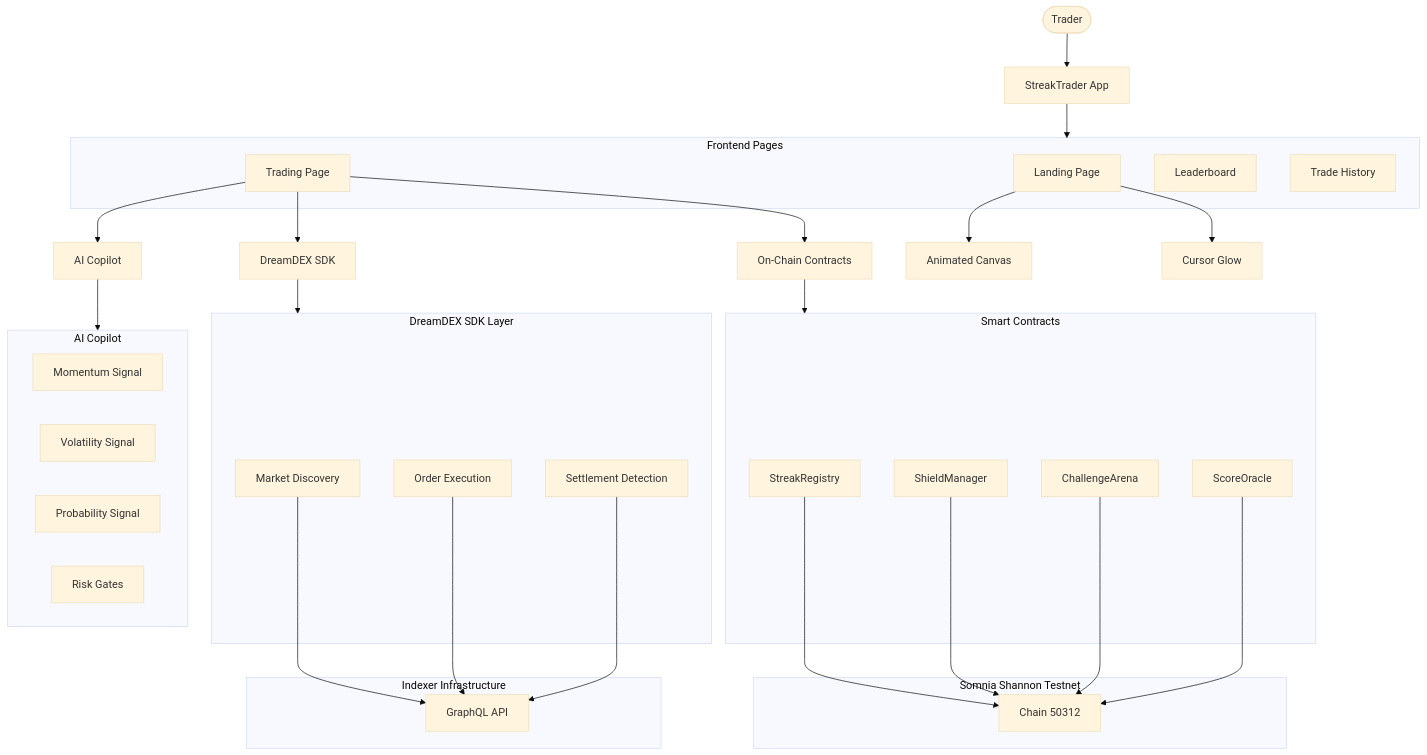
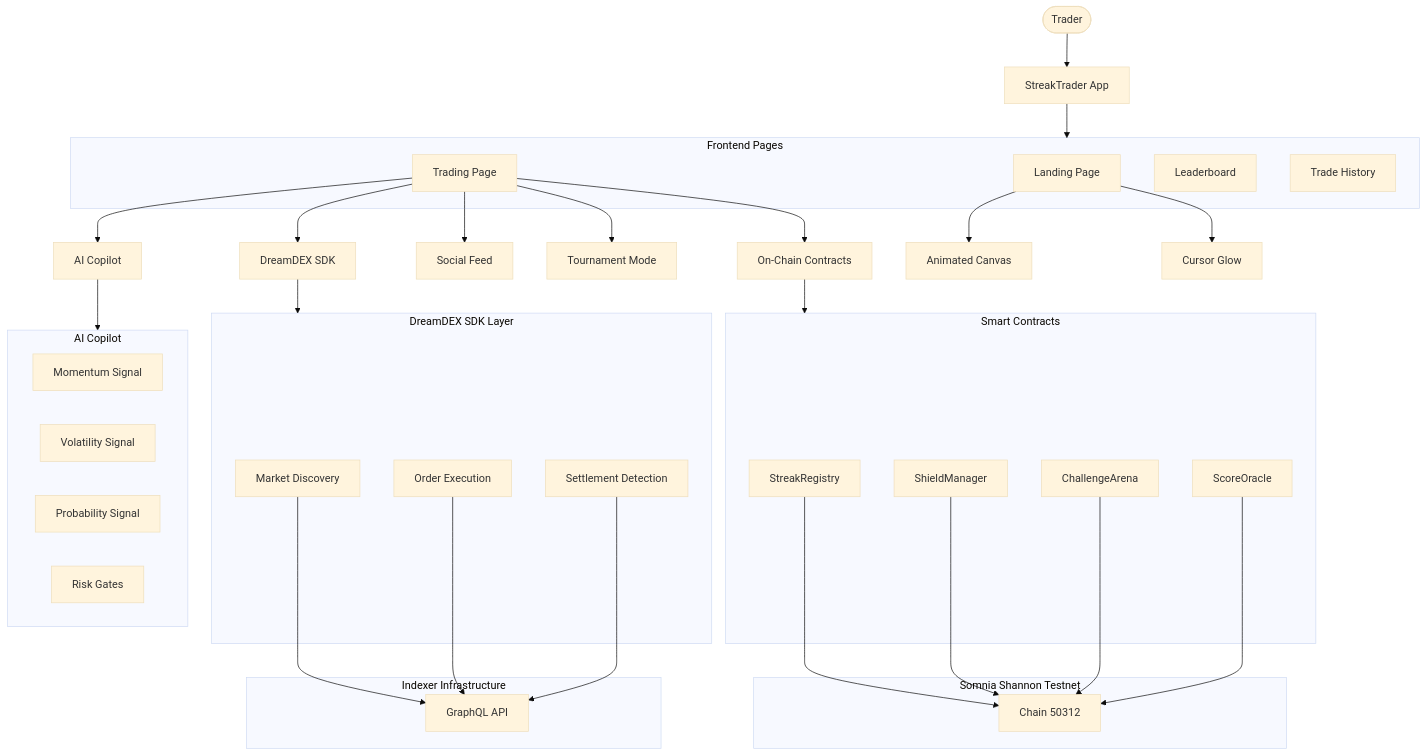
Before and after one commit to thesithunyein/streaktrader: the first of 2 diagrams in README.md, drawn with Mermaid (base theme). The commit also changed other lines of this file and 1 other file, not shown here.

````diff
--- a/README.md
+++ b/README.md
@@ -68,63 +71,65 @@
 ```mermaid
 flowchart TB
     User([Trader]) --> Frontend[StreakTrader App]
     
     subgraph Pages[Frontend Pages]
         Landing[Landing Page]
         Trading[Trading Page]
         Leaderboard[Leaderboard]
         History[Trade History]
     end
     
     Frontend --> Pages
     
     Trading --> Exchange[DreamDEX SDK]
     Trading --> AI[AI Copilot]
+    Trading --> Social[Social Feed]
+    Trading --> Tournament[Tournament Mode]
     Trading --> OnChain[On-Chain Contracts]
     
     subgraph SDK[DreamDEX SDK Layer]
         MarketDiscovery[Market Discovery]
         OrderExecution[Order Execution]
         Settlement[Settlement Detection]
     end
     
     Exchange --> SDK
     
     subgraph Contracts[Smart Contracts]
         StreakReg[StreakRegistry]
         ShieldMgr[ShieldManager]
         ChallengeA[ChallengeArena]
         ScoreOrc[ScoreOracle]
     end
     
     OnChain --> Contracts
     
     subgraph AI_Layer[AI Copilot]
         Momentum[Momentum Signal]
         Volatility[Volatility Signal]
         Probability[Probability Signal]
         RiskGates[Risk Gates]
     end
     
     AI --> AI_Layer
     
     subgraph Blockchain[Somnia Shannon Testnet]
         BC[Chain 50312]
     end
     
     StreakReg --> BC
     ShieldMgr --> BC
     ChallengeA --> BC
     ScoreOrc --> BC
     
     subgraph DreamDEX[Indexer Infrastructure]
         IDX[GraphQL API]
     end
     
     MarketDiscovery --> IDX
     OrderExecution --> IDX
     Settlement --> IDX
     
     Landing --> AnimatedBG[Animated Canvas]
     Landing --> CursorGlow[Cursor Glow]
 ```
````
